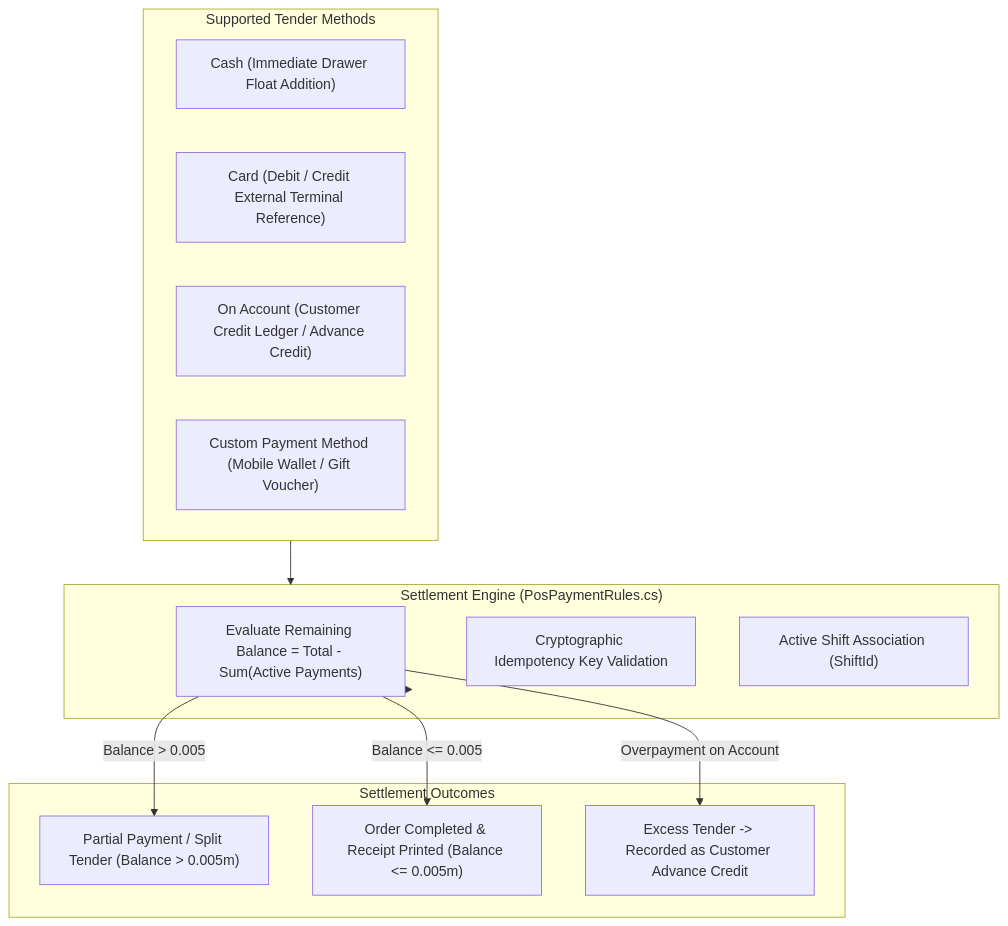
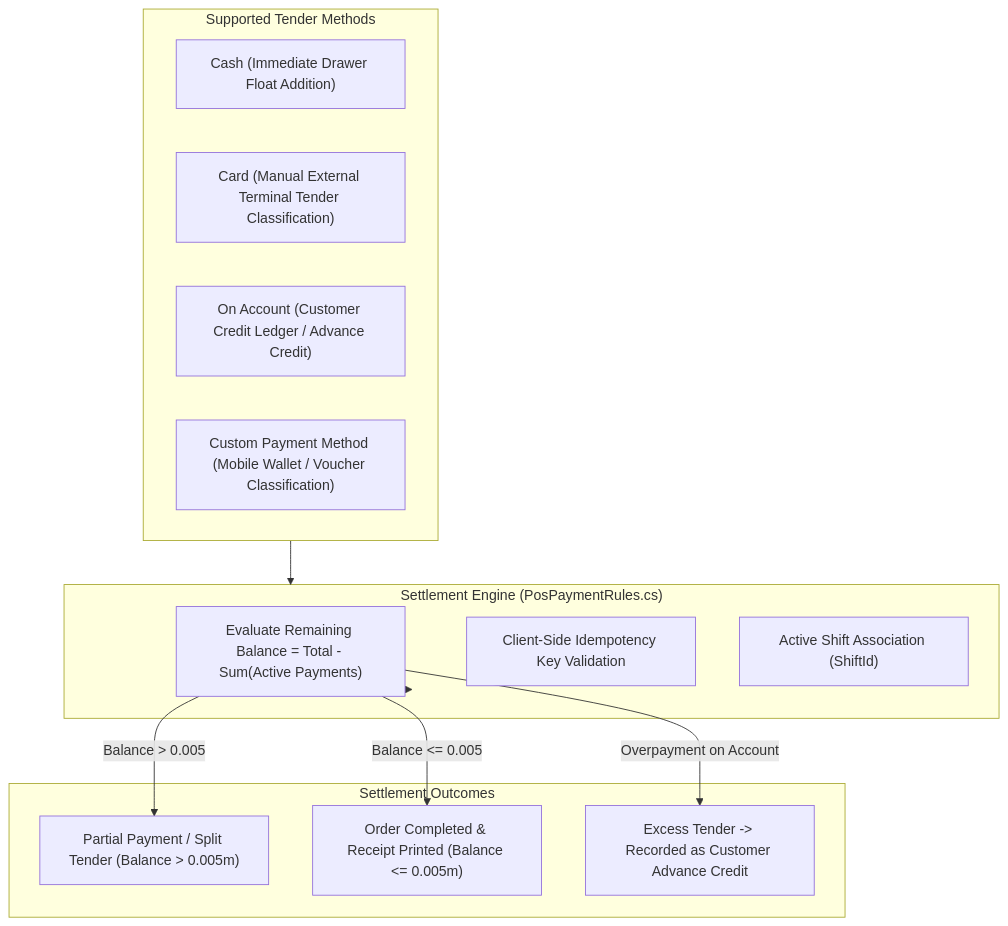
The diagram in docs/pos/payments.md (NadeemKhanLDR/Clovent-Business-Operating-System), drawn with Mermaid before and after one commit. The commit also changed other lines of this file and 35 other files, not shown here.

First line of the commit message:
docs: reconcile documentation with canonical CBOS roadmap and establish permanent engineering rules

````diff
--- a/docs/pos/payments.md
+++ b/docs/pos/payments.md
@@ -17,27 +17,27 @@
 ```mermaid
 flowchart TD
     subgraph TenderOptions["Supported Tender Methods"]
         Cash["Cash (Immediate Drawer Float Addition)"]
-        Card["Card (Debit / Credit External Terminal Reference)"]
+        Card["Card (Manual External Terminal Tender Classification)"]
         Account["On Account (Customer Credit Ledger / Advance Credit)"]
-        Other["Custom Payment Method (Mobile Wallet / Gift Voucher)"]
+        Other["Custom Payment Method (Mobile Wallet / Voucher Classification)"]
     end
 
     subgraph Validation["Settlement Engine (PosPaymentRules.cs)"]
         CheckBalance["Evaluate Remaining Balance = Total - Sum(Active Payments)"]
-        Idempotency["Cryptographic Idempotency Key Validation"]
+        Idempotency["Client-Side Idempotency Key Validation"]
         ShiftLink["Active Shift Association (ShiftId)"]
     end
 
     subgraph Outcome["Settlement Outcomes"]
         Split["Partial Payment / Split Tender (Balance > 0.005m)"]
         Settled["Order Completed & Receipt Printed (Balance <= 0.005m)"]
         Advance["Excess Tender -> Recorded as Customer Advance Credit"]
     end
 
     TenderOptions --> Validation
     Validation --> CheckBalance
     CheckBalance -- Balance > 0.005 --> Split
     CheckBalance -- Balance <= 0.005 --> Settled
     CheckBalance -- Overpayment on Account --> Advance
 ```
````
